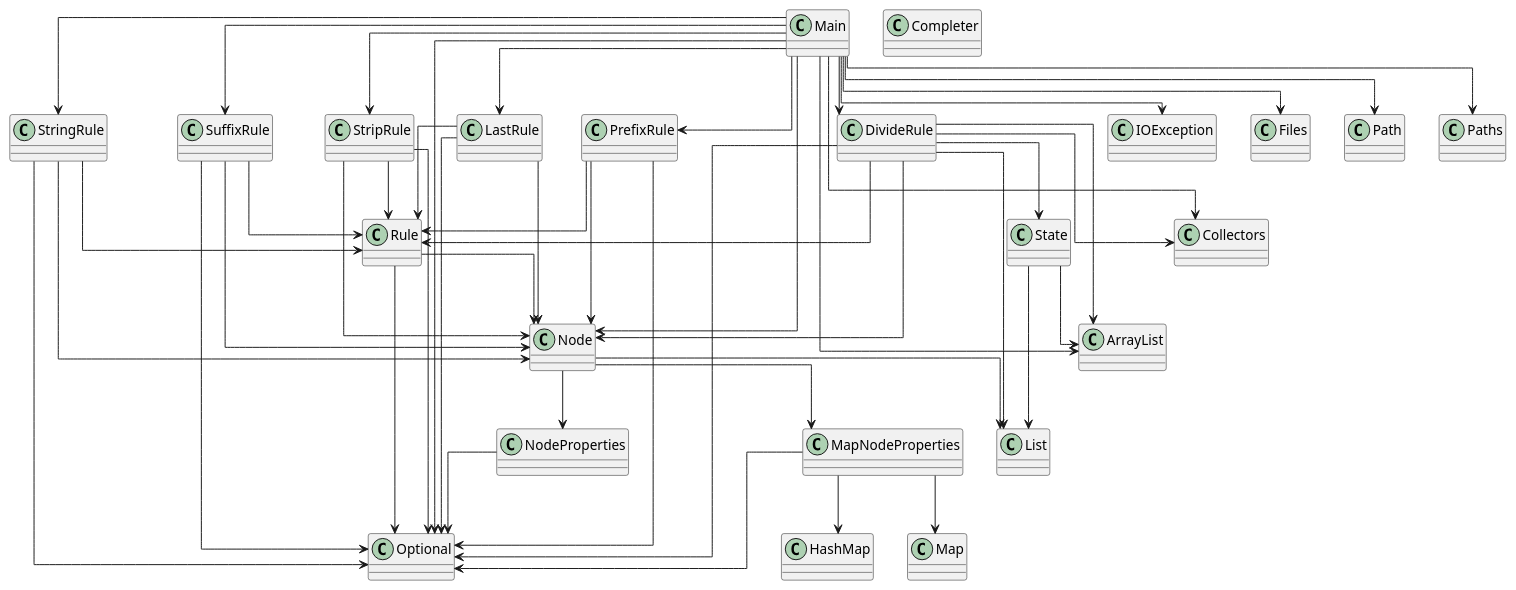
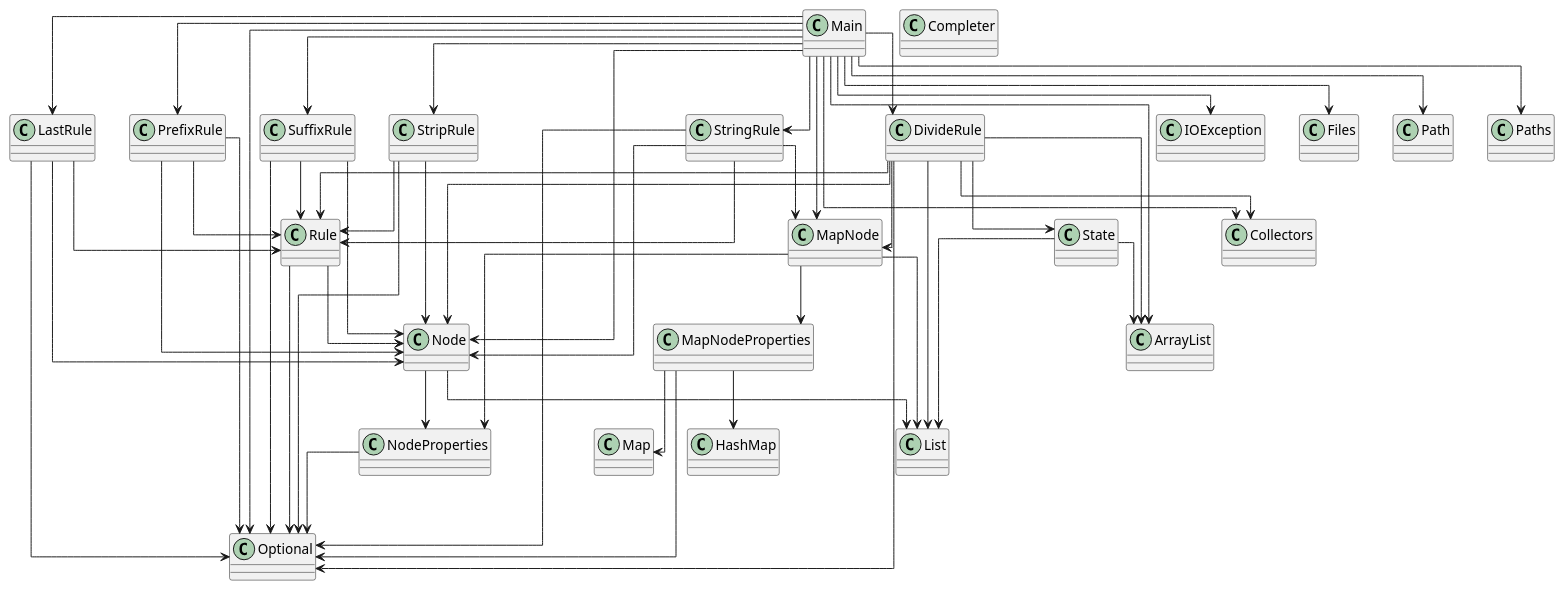
Before and after one commit to SirMathhman/Magma: the diagram in diagram.puml, drawn with PlantUML. The commit also changed 5 other files, not shown here.

```diff
--- a/diagram.puml
+++ b/diagram.puml
@@ -1,63 +1,69 @@
 @startuml
 skinparam linetype ortho
 class MapNodeProperties
 MapNodeProperties --> HashMap
 MapNodeProperties --> Map
 MapNodeProperties --> Optional
 class Node
-Node --> MapNodeProperties
 Node --> NodeProperties
 Node --> List
 class NodeProperties
 NodeProperties --> Optional
 class Rule
 Rule --> Node
 Rule --> Optional
 class Completer
 class LastRule
 LastRule --> Node
 LastRule --> Rule
 LastRule --> Optional
 class DivideRule
+DivideRule --> MapNode
 DivideRule --> Node
 DivideRule --> Rule
 DivideRule --> State
 DivideRule --> ArrayList
 DivideRule --> List
 DivideRule --> Optional
 DivideRule --> Collectors
 class PrefixRule
 PrefixRule --> Node
 PrefixRule --> Rule
 PrefixRule --> Optional
 class StringRule
+StringRule --> MapNode
 StringRule --> Node
 StringRule --> Rule
 StringRule --> Optional
 class SuffixRule
 SuffixRule --> Node
 SuffixRule --> Rule
 SuffixRule --> Optional
 class StripRule
 StripRule --> Node
 StripRule --> Rule
 StripRule --> Optional
 class Main
+Main --> MapNode
 Main --> Node
 Main --> DivideRule
 Main --> LastRule
 Main --> PrefixRule
 Main --> StringRule
 Main --> StripRule
 Main --> SuffixRule
 Main --> IOException
 Main --> Files
 Main --> Path
 Main --> Paths
 Main --> ArrayList
 Main --> Optional
 Main --> Collectors
+class MapNode
+MapNode --> MapNodeProperties
+MapNode --> NodeProperties
+MapNode --> List
 class State
 State --> ArrayList
 State --> List
 @enduml
```
